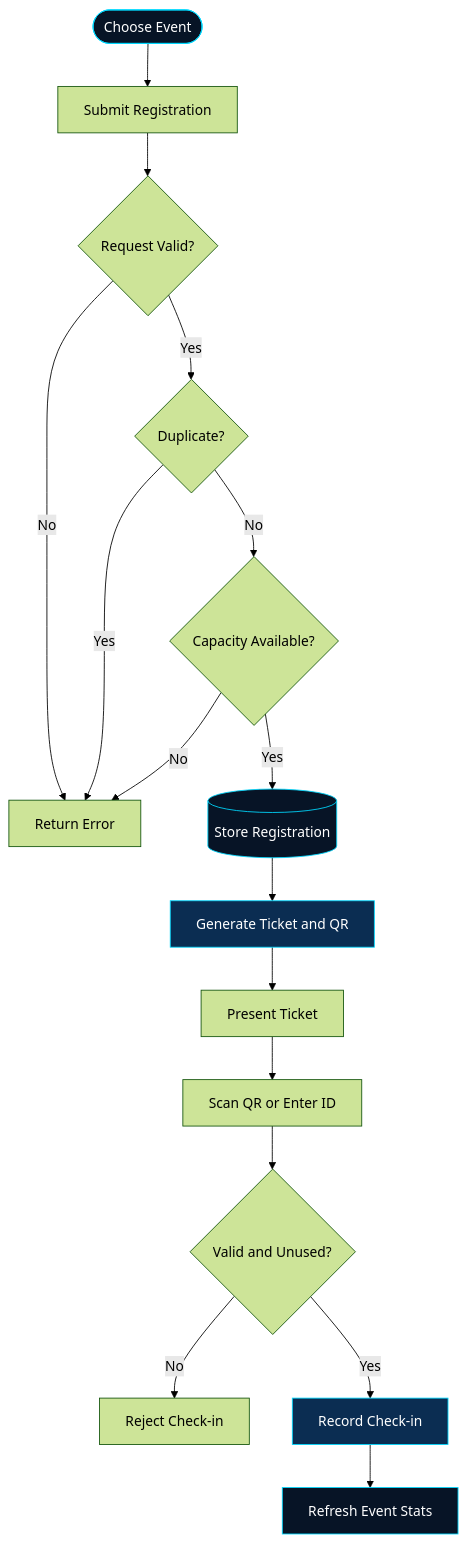
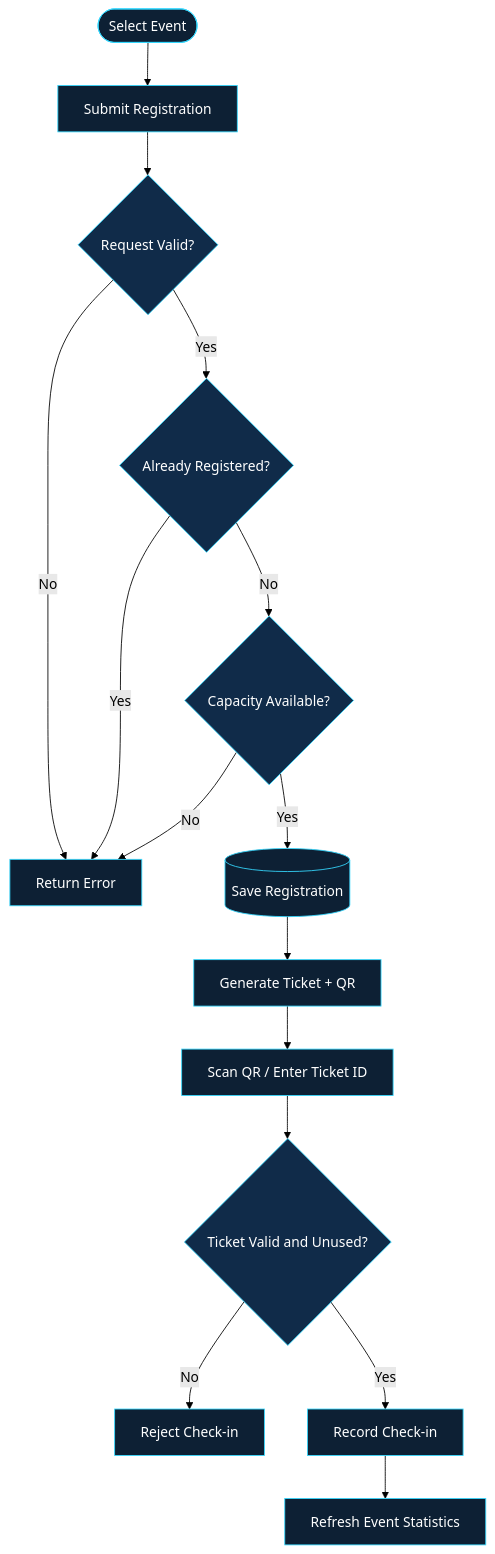
One commit to Priyanka170974/Priyanka170974 changed the second of 2 diagrams in README.md. Above: the diagram before and after it, drawn with Mermaid (forest theme). The commit also changed other lines of this file, not shown here.

````diff
--- a/README.md
+++ b/README.md
@@ -102,24 +113,22 @@
 ```mermaid
 flowchart TD
-    A([Choose Event]) --> B[Submit Registration]
-    B --> C{Request Valid?}
-    C -- No --> X[Return Error]
-    C -- Yes --> D{Duplicate?}
+    A(["Select Event"]) --> B["Submit Registration"]
+    B --> C{"Request Valid?"}
+    C -- No --> X["Return Error"]
+    C -- Yes --> D{"Already Registered?"}
     D -- Yes --> X
-    D -- No --> E{Capacity Available?}
+    D -- No --> E{"Capacity Available?"}
     E -- No --> X
-    E -- Yes --> F[(Store Registration)]
-    F --> G[Generate Ticket and QR]
-    G --> H[Present Ticket]
-    H --> I[Scan QR or Enter ID]
-    I --> J{Valid and Unused?}
-    J -- No --> K[Reject Check-in]
-    J -- Yes --> L[Record Check-in]
-    L --> M[Refresh Event Stats]
+    E -- Yes --> F[("Save Registration")]
+    F --> G["Generate Ticket + QR"]
+    G --> H["Scan QR / Enter Ticket ID"]
+    H --> I{"Ticket Valid and Unused?"}
+    I -- No --> J["Reject Check-in"]
+    I -- Yes --> K["Record Check-in"]
+    K --> L["Refresh Event Statistics"]
 
-    style A fill:#071426,stroke:#00D9FF,color:#FFFFFF
-    style F fill:#071426,stroke:#00D9FF,color:#FFFFFF
-    style G fill:#0B2D52,stroke:#00D9FF,color:#FFFFFF
-    style L fill:#0B2D52,stroke:#00D9FF,color:#FFFFFF
-    style M fill:#071426,stroke:#00D9FF,color:#FFFFFF
+    classDef node fill:#0D2034,stroke:#35D9FF,color:#FFFFFF
+    classDef decision fill:#102B49,stroke:#35D9FF,color:#FFFFFF
+    class A,F,G,K,L node
+    class C,D,E,I decision
 ```
````
